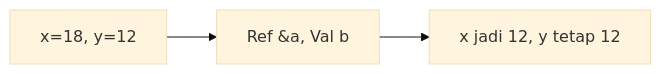
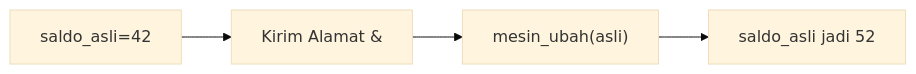
One commit to amnahwaida/OSNK_INF_PREP changed diagram 13 of 25 in part-c-pemahaman-cpp/04-fungsi/latihan/set-10.md. Above: the diagram before and after it, drawn with Mermaid (base theme). The commit also changed other lines of this file and 71 other files, not shown here.

````diff
--- a/part-c-pemahaman-cpp/04-fungsi/latihan/set-10.md
+++ b/part-c-pemahaman-cpp/04-fungsi/latihan/set-10.md
@@ -339,5 +357,6 @@
 ```mermaid
 graph LR
-A["x=18, y=12"] --> B["Ref &a, Val b"]
-B --> C["x jadi 12, y tetap 12"]
+A["saldo_asli=42"] --> B["Kirim Alamat &"]
+B --> C["mesin_ubah(asli)"]
+C --> D["saldo_asli jadi 52"]
 ```
````
